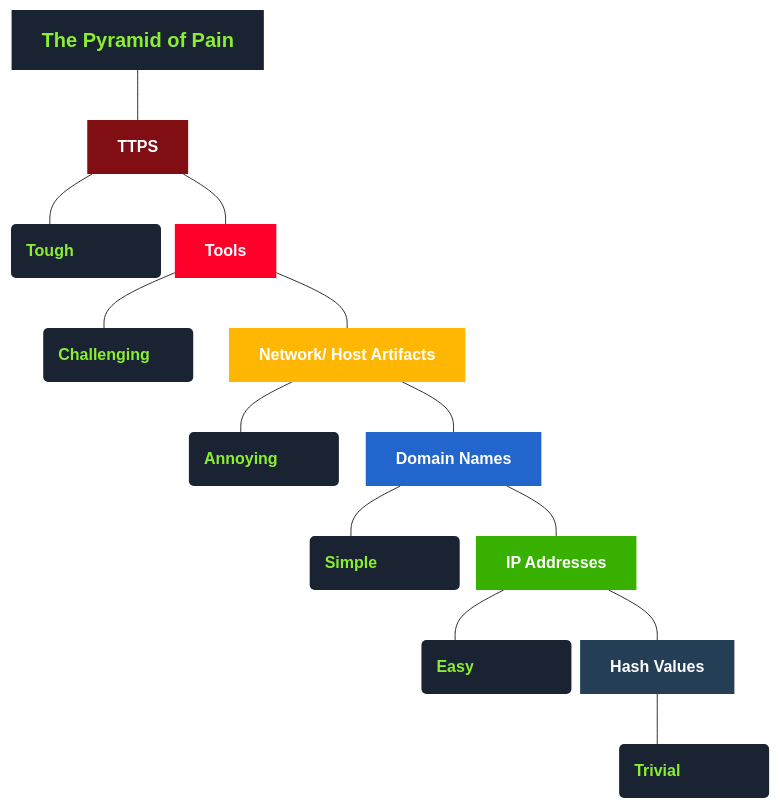
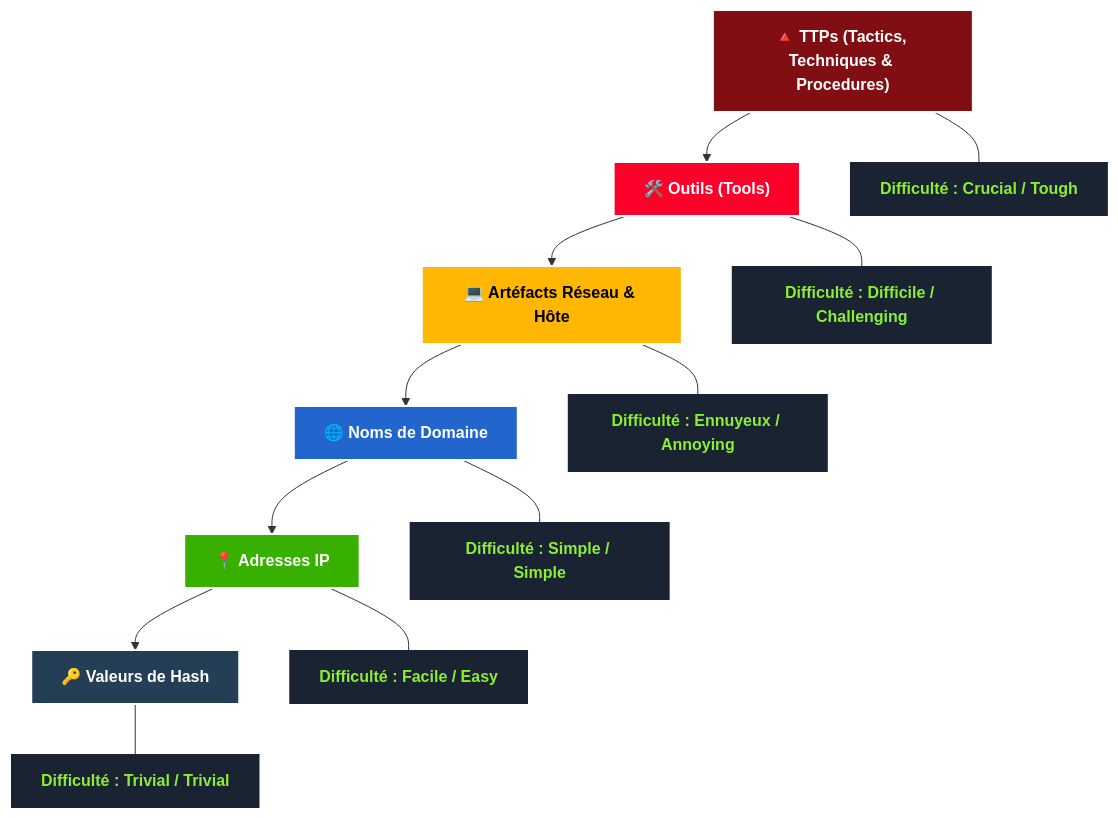
The diagram in SOC/POP.md (lietoo7/Cours-BlueTeam-CyberDef), drawn with Mermaid before and after one commit. The commit also changed other lines of this file, not shown here.

First line of the commit message:
Revise introduction and improve Pyramid of Pain content

````diff
--- a/SOC/POP.md
+++ b/SOC/POP.md
@@ -5,33 +9,35 @@
 ```mermaid
 graph TD
-    %% Titre principal de la pyramide
-    Title[The Pyramid of Pain]:::titleStyle
+    %% Structure de la Pyramide (Du plus difficile au plus simple)
+    TTPs["🔺 TTPs (Tactics, Techniques & Procedures)"] --> Tools["🛠️ Outils (Tools)"]
+    Tools --> Artifacts["💻 Artéfacts Réseau & Hôte"]
+    Artifacts --> Domains["🌐 Noms de Domaine"]
+    Domains --> IPs["📍 Adresses IP"]
+    IPs --> Hashes["🔑 Valeurs de Hash"]
 
-    %% Structure de la pyramide (Niveaux interconnectés pour simuler la forme)
-    TTPs[TTPS]:::level6 --- Tough(Tough):::textStyle
-    Tools[Tools]:::level5 --- Challenging(Challenging):::textStyle
-    Artifacts[Network/ Host Artifacts]:::level4 --- Annoying(Annoying):::textStyle
-    Domains[Domain Names]:::level3 --- Simple(Simple):::textStyle
-    IPs[IP Addresses]:::level2 --- Easy(Easy):::textStyle
-    Hashes[Hash Values]:::level1 --- Trivial(Trivial):::textStyle
+    %% Niveaux de douleur associés (Alignement latéral via liens invisibles ou texte direct)
+    TTPs --- L6[Difficulté : Crucial / Tough]
+    Tools --- L5[Difficulté : Difficile / Challenging]
+    Artifacts --- L4[Difficulté : Ennuyeux / Annoying]
+    Domains --- L3[Difficulté : Simple / Simple]
+    IPs --- L2[Difficulté : Facile / Easy]
+    Hashes --- L1[Difficulté : Trivial / Trivial]
 
-    %% Alignement vertical invisible pour structurer le rendu
-    Title --- TTPs
-    TTPs --- Tools
-    Tools --- Artifacts
-    Artifacts --- Domains
-    Domains --- IPs
-    IPs --- Hashes
+    %% Styles CSS pour le rendu visuel
+    classDef level6 fill:#800e13,stroke:#fff,stroke-width:2px,font-weight:bold,color:#fff;
+    classDef level5 fill:#ff002b,stroke:#fff,stroke-width:2px,font-weight:bold,color:#fff;
+    classDef level4 fill:#ffb703,stroke:#fff,stroke-width:2px,font-weight:bold,color:#000;
+    classDef level3 fill:#2165cd,stroke:#fff,stroke-width:2px,font-weight:bold,color:#fff;
+    classDef level2 fill:#38b000,stroke:#fff,stroke-width:2px,font-weight:bold,color:#fff;
+    classDef level1 fill:#243e56,stroke:#fff,stroke-width:2px,font-weight:bold,color:#fff;
+    classDef textStyle fill:#1a2332,stroke:none,font-weight:bold,color:#8bee32;
 
-    %% --- Styles CSS pour correspondre à l'image_9a555d.jpg ---
-    classDef titleStyle fill:#1a2332,stroke:none,font-weight:bold,font-size:20px,color:#8bee32;
-    classDef textStyle fill:#1a2332,stroke:none,font-weight:bold,font-size:16px,color:#8bee32,width:150px;
-    
-    %% Couleurs des paliers de la pyramide
-    classDef level6 fill:#800e13,stroke:none,font-weight:bold,color:#fff;
-    classDef level5 fill:#ff002b,stroke:none,font-weight:bold,color:#fff;
-    classDef level4 fill:#ffb703,stroke:none,font-weight:bold,color:#fff;
-    classDef level3 fill:#2165cd,stroke:none,font-weight:bold,color:#fff;
-    classDef level2 fill:#38b000,stroke:none,font-weight:bold,color:#fff;
-    classDef level1 fill:#243e56,stroke:none,font-weight:bold,color:#fff;
+    class TTPs level6;
+    class Tools level5;
+    class Artifacts level4;
+    class Domains level3;
+    class IPs level2;
+    class Hashes level1;
+    class L6,L5,L4,L3,L2,L1 textStyle;
+
 ```
````
